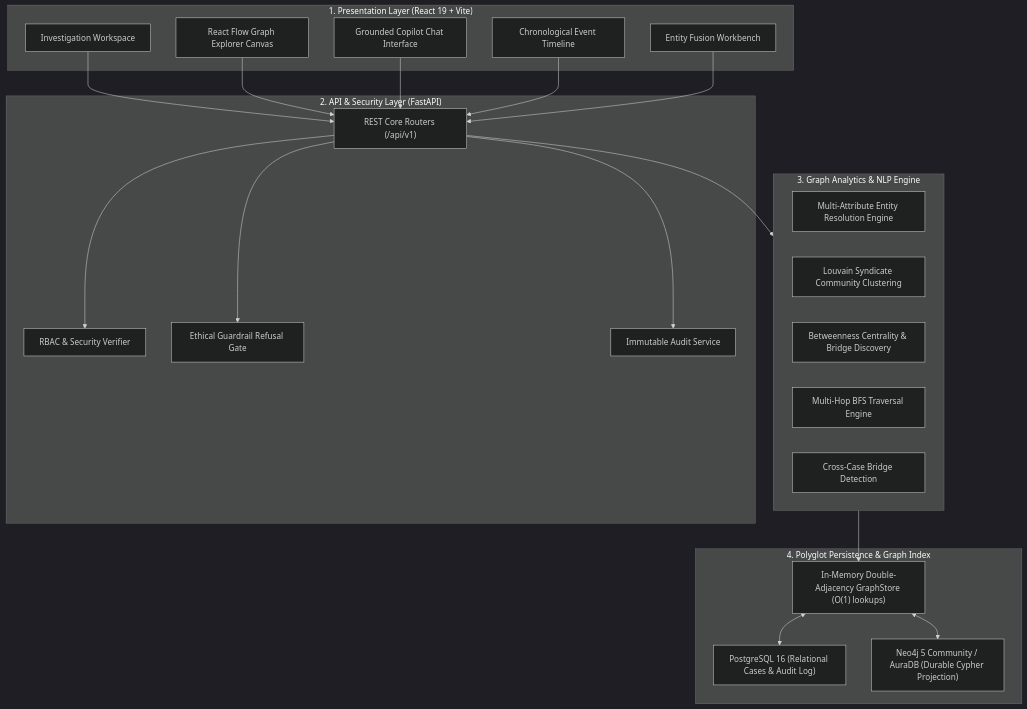
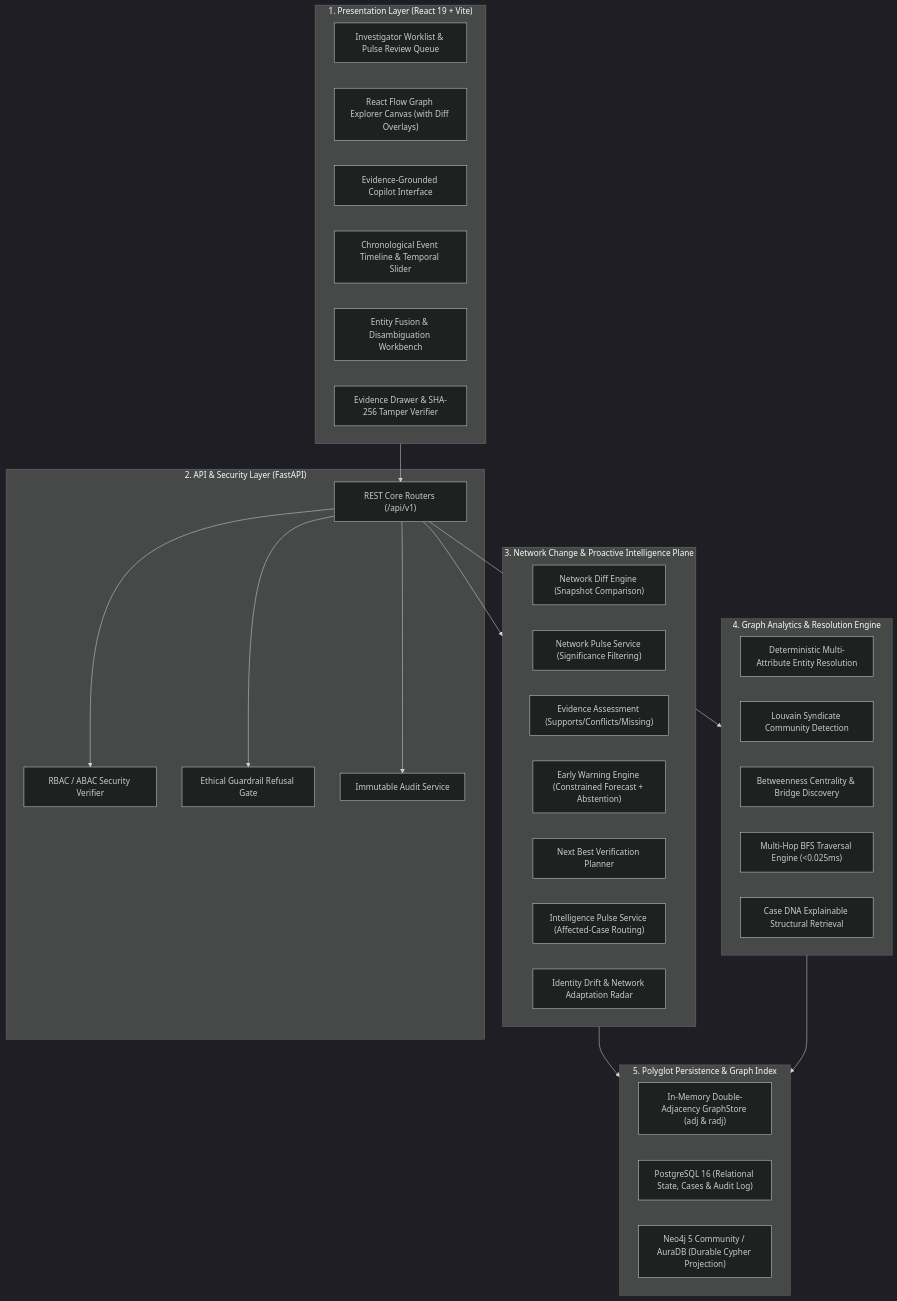
The diagram in docs/ARCHITECTURE.md (acchasujal/Nexus), drawn with Mermaid (dark theme) before and after one commit. The commit also changed other lines of this file and 32 other files, not shown here.

Commit message:
docs: consolidate canonical repository context and archive historical roadmap

````diff
--- a/docs/ARCHITECTURE.md
+++ b/docs/ARCHITECTURE.md
@@ -9,46 +9,51 @@
 ```mermaid
 graph TD
     subgraph ClientLayer ["1. Presentation Layer (React 19 + Vite)"]
-        UI["Investigation Workspace"]
-        RF["React Flow Graph Explorer Canvas"]
-        CopilotUI["Grounded Copilot Chat Interface"]
-        TimelineUI["Chronological Event Timeline"]
-        FusionUI["Entity Fusion Workbench"]
+        Worklist["Investigator Worklist & Pulse Review Queue"]
+        RF["React Flow Graph Explorer Canvas (with Diff Overlays)"]
+        CopilotUI["Evidence-Grounded Copilot Interface"]
+        TimelineUI["Chronological Event Timeline & Temporal Slider"]
+        FusionUI["Entity Fusion & Disambiguation Workbench"]
+        EvidenceUI["Evidence Drawer & SHA-256 Tamper Verifier"]
     end
 
     subgraph APILayer ["2. API & Security Layer (FastAPI)"]
         Router["REST Core Routers (/api/v1)"]
-        Auth["RBAC & Security Verifier"]
+        Auth["RBAC / ABAC Security Verifier"]
         RefusalGate["Ethical Guardrail Refusal Gate"]
         AuditSvc["Immutable Audit Service"]
     end
 
-    subgraph AnalyticsLayer ["3. Graph Analytics & NLP Engine"]
-        ER["Multi-Attribute Entity Resolution Engine"]
-        Louvain["Louvain Syndicate Community Clustering"]
-        Centrality["Betweenness Centrality & Bridge Discovery"]
-        BFS["Multi-Hop BFS Traversal Engine"]
-        CrossCase["Cross-Case Bridge Detection"]
+    subgraph ChangePlane ["3. Network Change & Proactive Intelligence Plane"]
+        DiffSvc["Network Diff Engine (Snapshot Comparison)"]
+        PulseSvc["Network Pulse Service (Significance Filtering)"]
+        SufficiencySvc["Evidence Assessment (Supports/Conflicts/Missing)"]
+        WarningSvc["Early Warning Engine (Constrained Forecast + Abstention)"]
+        VerifyPlanner["Next Best Verification Planner"]
+        CrossBranchSvc["Intelligence Pulse Service (Affected-Case Routing)"]
+        DriftSvc["Identity Drift & Network Adaptation Radar"]
     end
 
-    subgraph StorageLayer ["4. Polyglot Persistence & Graph Index"]
-        MemGraph["In-Memory Double-Adjacency GraphStore (O(1) lookups)"]
-        Postgres["PostgreSQL 16 (Relational Cases & Audit Log)"]
+    subgraph AnalyticsLayer ["4. Graph Analytics & Resolution Engine"]
+        ER["Deterministic Multi-Attribute Entity Resolution"]
+        Louvain["Louvain Syndicate Community Detection"]
+        Centrality["Betweenness Centrality & Bridge Discovery"]
+        BFS["Multi-Hop BFS Traversal Engine (<0.025ms)"]
+        CaseDNA["Case DNA Explainable Structural Retrieval"]
+    end
+
+    subgraph StorageLayer ["5. Polyglot Persistence & Graph Index"]
+        MemGraph["In-Memory Double-Adjacency GraphStore (adj & radj)"]
+        Postgres["PostgreSQL 16 (Relational State, Cases & Audit Log)"]
         Neo4j["Neo4j 5 Community / AuraDB (Durable Cypher Projection)"]
     end
 
-    UI --> Router
-    RF --> Router
-    CopilotUI --> Router
-    TimelineUI --> Router
-    FusionUI --> Router
-
+    ClientLayer --> Router
     Router --> Auth
     Router --> RefusalGate
     Router --> AuditSvc
-
+    Router --> ChangePlane
     Router --> AnalyticsLayer
-    AnalyticsLayer --> MemGraph
-    MemGraph <--> Postgres
-    MemGraph <--> Neo4j
+    ChangePlane --> StorageLayer
+    AnalyticsLayer --> StorageLayer
 ```
````
